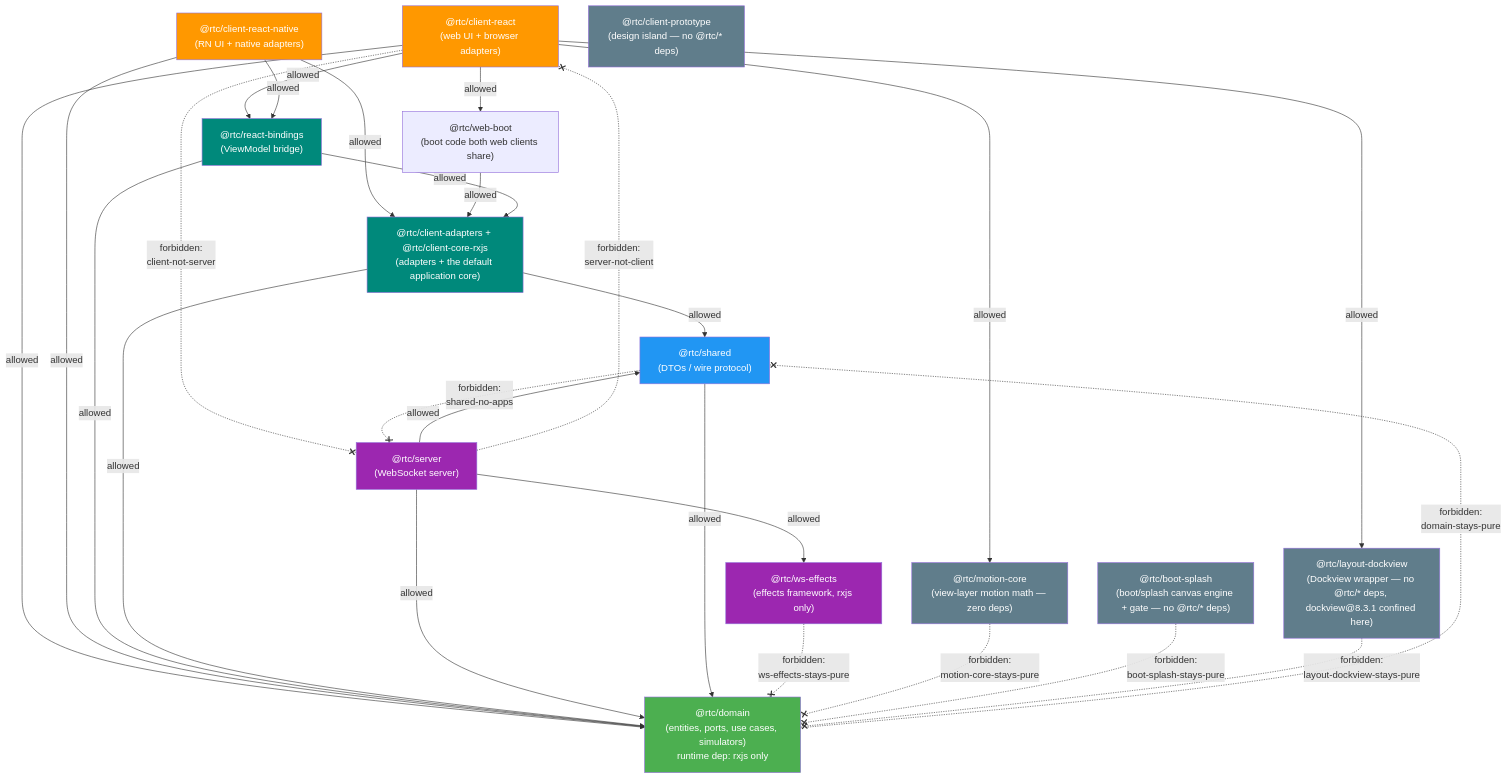
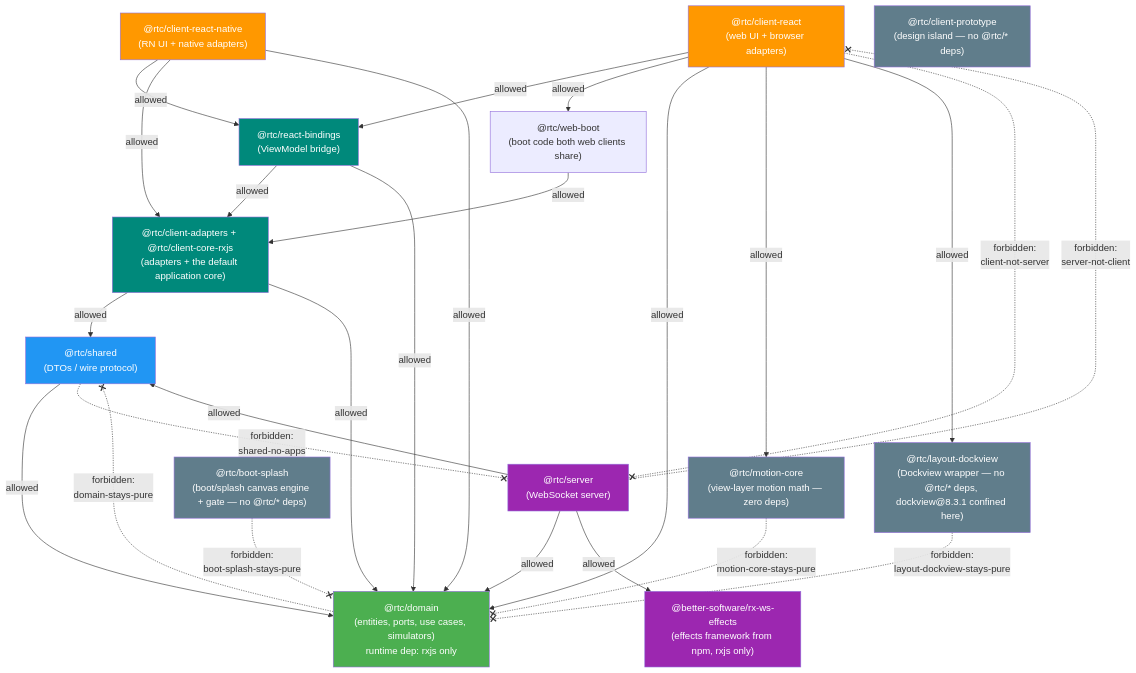
The diagram in docs/dependency-cruiser.md (bettersoftware-io/ReactiveTraderCloudClone), drawn with Mermaid before and after one commit. The commit also changed other lines of this file and 73 other files, not shown here.

First line of the commit message:
refactor(server): run on @better-software/rx-ws-effects from npm, delete packages/ws-effects

````diff
--- a/docs/dependency-cruiser.md
+++ b/docs/dependency-cruiser.md
@@ -23,56 +23,55 @@
 ```mermaid
 graph TD
     webc["@rtc/client-react<br/>(web UI + browser adapters)"]
     rnc["@rtc/client-react-native<br/>(RN UI + native adapters)"]
     rb["@rtc/react-bindings<br/>(ViewModel bridge)"]
     wb["@rtc/web-boot<br/>(boot code both web clients share)"]
     core["@rtc/client-adapters + @rtc/client-core-rxjs<br/>(adapters + the default application core)"]
     server["@rtc/server<br/>(WebSocket server)"]
-    wse["@rtc/ws-effects<br/>(effects framework, rxjs only)"]
+    wse["@better-software/rx-ws-effects<br/>(effects framework from npm, rxjs only)"]
     shared["@rtc/shared<br/>(DTOs / wire protocol)"]
     domain["@rtc/domain<br/>(entities, ports, use cases, simulators)<br/>runtime dep: rxjs only"]
     proto["@rtc/client-prototype<br/>(design island — no @rtc/* deps)"]
     motion["@rtc/motion-core<br/>(view-layer motion math — zero deps)"]
     boot["@rtc/boot-splash<br/>(boot/splash canvas engine + gate — no @rtc/* deps)"]
     dockv["@rtc/layout-dockview<br/>(Dockview wrapper — no @rtc/* deps, dockview@8.3.1 confined here)"]
 
     webc -->|allowed| rb
     webc -->|allowed| wb
     webc -->|allowed| domain
     webc -->|allowed| motion
     webc -->|allowed| dockv
     rnc -->|allowed| rb
     rnc -->|allowed| core
     rnc -->|allowed| domain
     wb -->|allowed| core
     rb -->|allowed| core
     rb -->|allowed| domain
     core -->|allowed| shared
     core -->|allowed| domain
     server -->|allowed| shared
     server -->|allowed| domain
     server -->|allowed| wse
     shared -->|allowed| domain
 
     webc -. "forbidden:<br/>client-not-server" .-x server
     server -. "forbidden:<br/>server-not-client" .-x webc
     shared -. "forbidden:<br/>shared-no-apps" .-x server
     domain -. "forbidden:<br/>domain-stays-pure" .-x shared
-    wse -. "forbidden:<br/>ws-effects-stays-pure" .-x domain
     motion -. "forbidden:<br/>motion-core-stays-pure" .-x domain
     boot -. "forbidden:<br/>boot-splash-stays-pure" .-x domain
     dockv -. "forbidden:<br/>layout-dockview-stays-pure" .-x domain
 
     classDef pure fill:#4CAF50,color:#fff;
     classDef dto fill:#2196F3,color:#fff;
     classDef coreC fill:#00897B,color:#fff;
     classDef app fill:#FF9800,color:#fff;
     classDef srv fill:#9C27B0,color:#fff;
     classDef isle fill:#607D8B,color:#fff;
     class domain pure;
     class shared dto;
     class core,rb coreC;
     class webc,rnc app;
     class server,wse srv;
     class proto,motion,boot,dockv isle;
 ```
````
